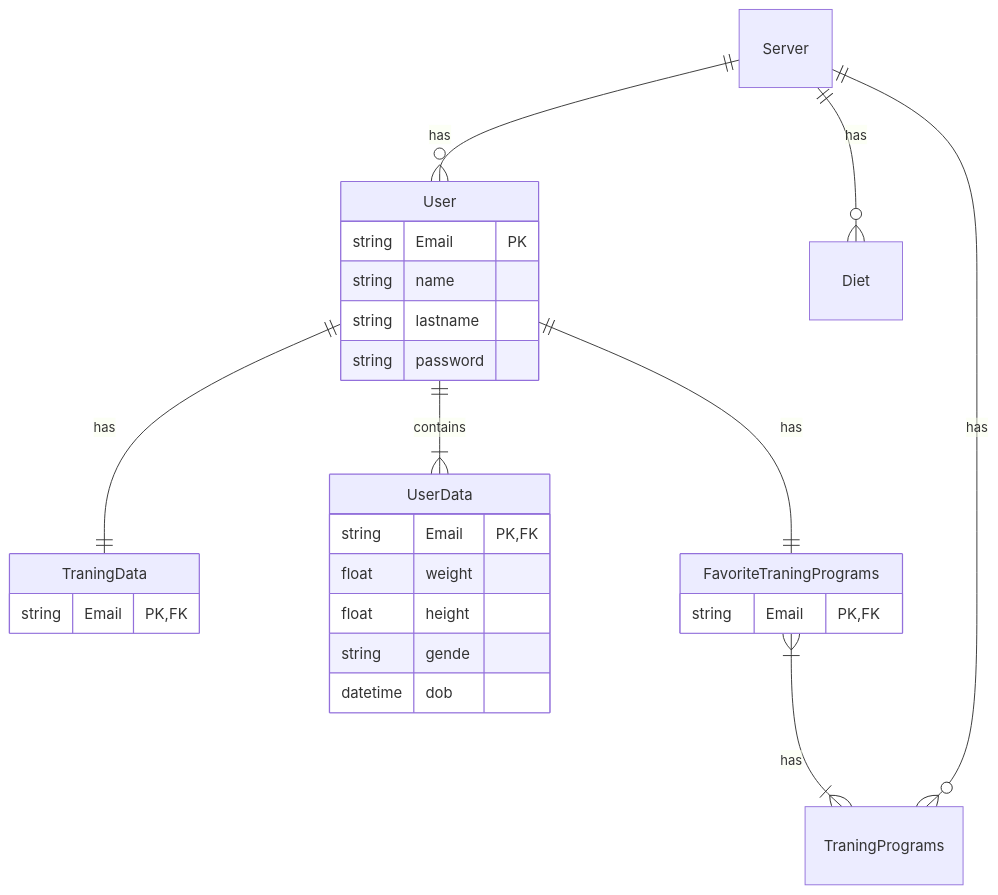
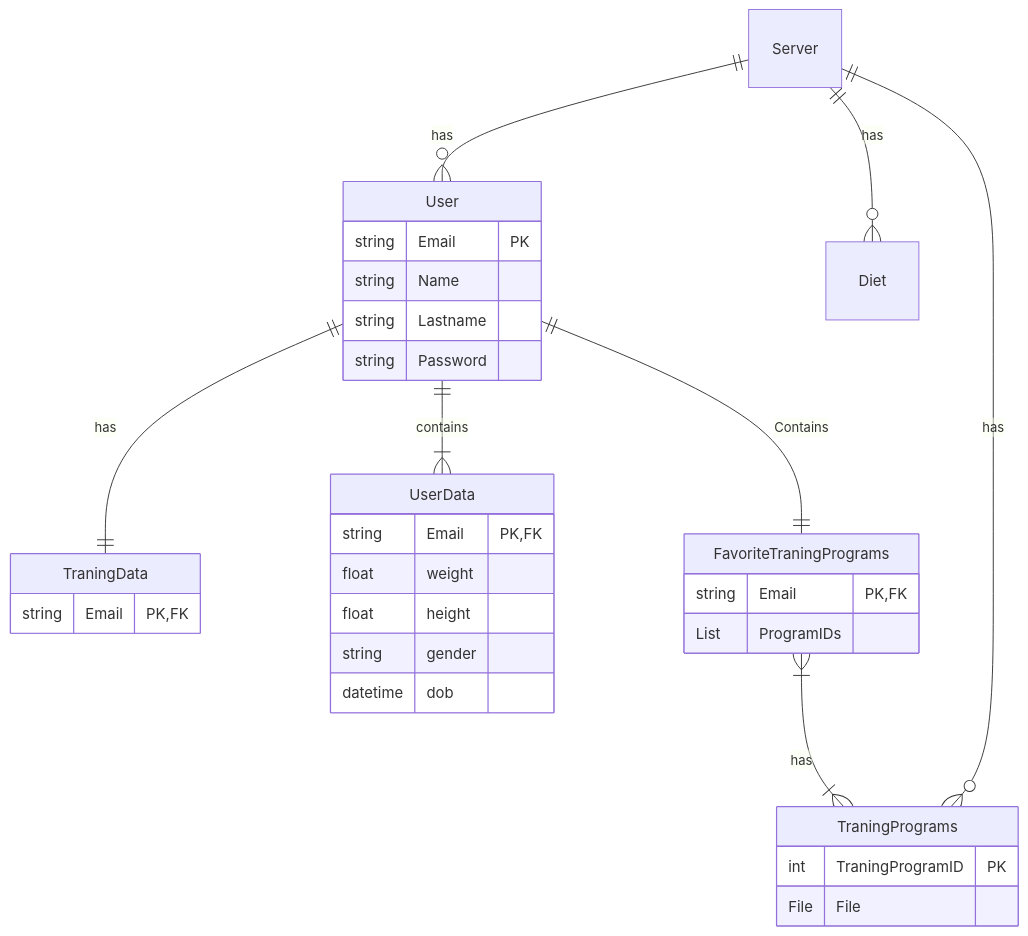
One commit to kamar-dk/Sem.Project4 changed the diagram in Diagrammer/Design/DesignDatabase.md. Above: the diagram before and after it, drawn with Mermaid.

````diff
--- a/Diagrammer/Design/DesignDatabase.md
+++ b/Diagrammer/Design/DesignDatabase.md
@@ -1,47 +1,51 @@
 ```mermaid
 erDiagram
 
 User {
     string Email PK
-    string name
-    string lastname
-    string password
+    string Name
+    string Lastname
+    string Password
 }
 
 TraningData {
     string Email PK, FK
 }
 
 UserData {
     string Email PK, FK
     float weight
     float height
-    string gende
+    string gender
     datetime dob
 }
 
 FavoriteTraningPrograms {
     string Email PK, FK
+    List ProgramIDs
 }
 
 Server {
 
+
 }
 
 TraningPrograms {
+    int TraningProgramID PK
+    File File
 
 }
 
 Diet {
 
 }
 
 User ||--|| TraningData : has
 User ||--|{ UserData : contains
-User ||--|| FavoriteTraningPrograms : has
+User ||--|| FavoriteTraningPrograms : Contains
 FavoriteTraningPrograms }|--|{ TraningPrograms : has
 Server ||--o{ TraningPrograms : has
 Server ||--o{ User : has
 Server ||--o{ Diet : has
 
 ```
````
